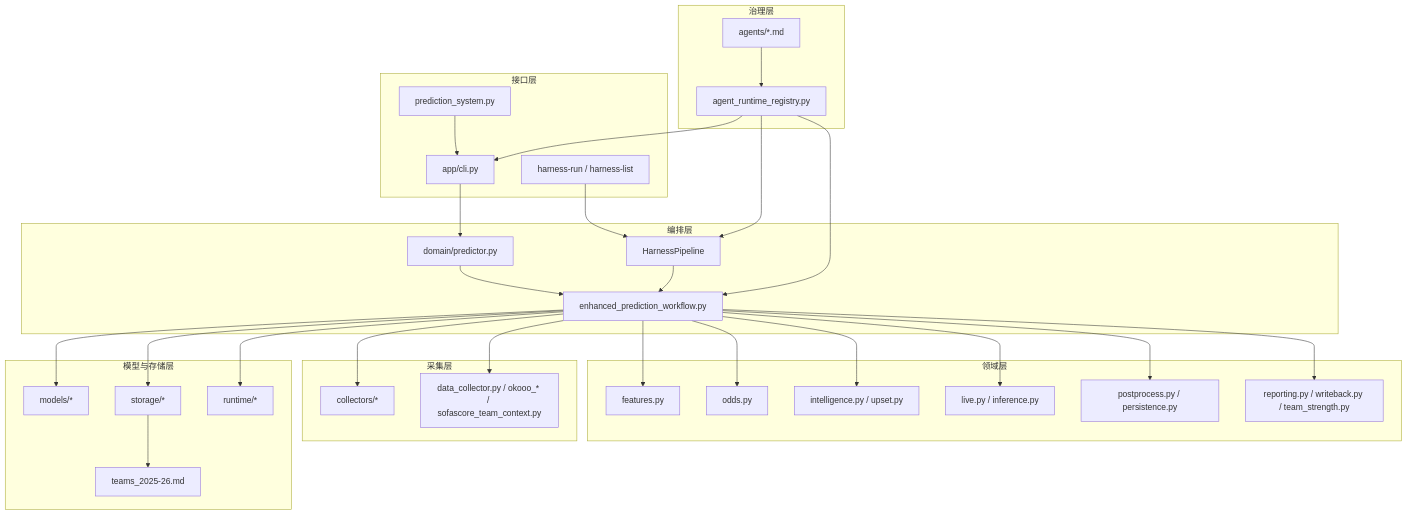
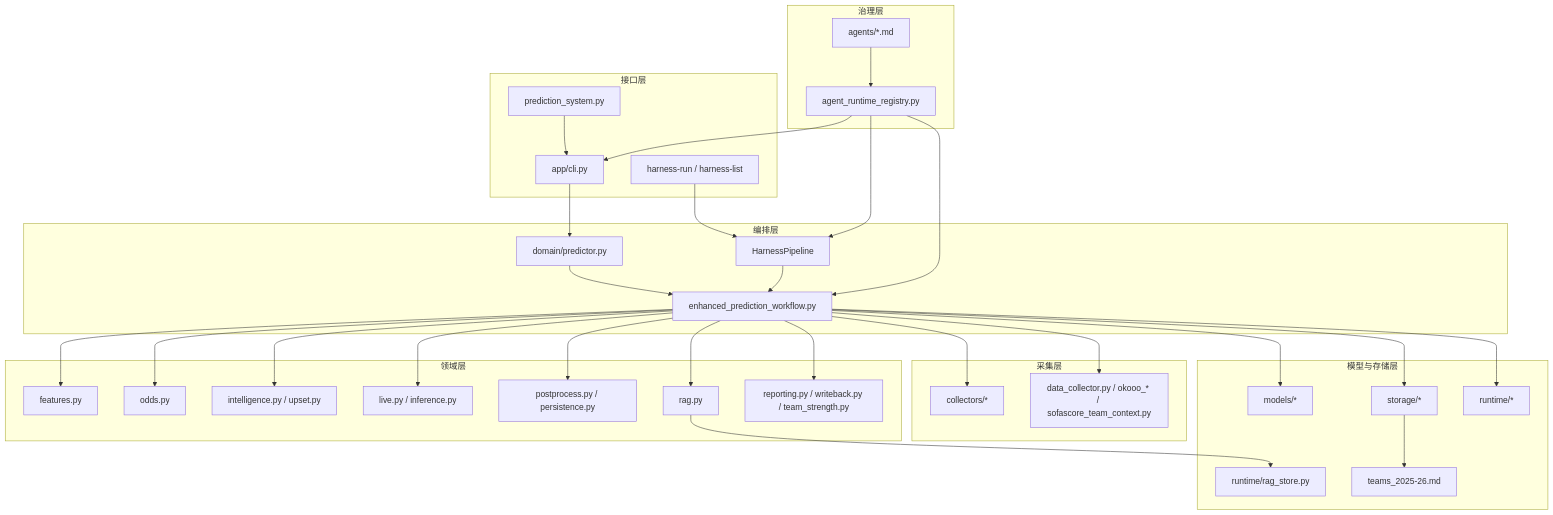
One commit to LorenJun/trae_projects changed the first of 5 diagrams in docs/architecture/europe_leagues_architecture.md. Above: the diagram before and after it, drawn with Mermaid. The commit also changed other lines of this file and 44 other files, not shown here.

````diff
--- a/docs/architecture/europe_leagues_architecture.md
+++ b/docs/architecture/europe_leagues_architecture.md
@@ -58,60 +63,64 @@
 ```mermaid
 flowchart TB
   subgraph L0[接口层]
     Compat[prediction_system.py]
     CLI[app/cli.py]
     HarnessCLI[harness-run / harness-list]
   end
 
   subgraph L1[编排层]
     DP[domain/predictor.py]
     EP[enhanced_prediction_workflow.py]
     HP[HarnessPipeline]
   end
 
   subgraph L2[领域层]
     FE[features.py]
     OD[odds.py]
     IN[intelligence.py / upset.py]
     LV[live.py / inference.py]
     PP[postprocess.py / persistence.py]
+    RAGSVC[rag.py]
     RP[reporting.py / writeback.py / team_strength.py]
   end
 
   subgraph L3[采集层]
     COL[collectors/*]
     Legacy[data_collector.py / okooo_* / sofascore_team_context.py]
   end
 
   subgraph L4[模型与存储层]
     Models[models/*]
     Storage[storage/*]
     Runtime[runtime/*]
+    RAGIDX[runtime/rag_store.py]
     SoT[teams_2025-26.md]
   end
 
   subgraph L5[治理层]
     Persona[agents/*.md]
     Registry[agent_runtime_registry.py]
   end
 
   Compat --> CLI
   CLI --> DP --> EP
   HarnessCLI --> HP --> EP
   EP --> FE
   EP --> OD
   EP --> IN
   EP --> LV
   EP --> PP
+  EP --> RAGSVC
   EP --> RP
   EP --> COL
   EP --> Legacy
   EP --> Models
   EP --> Storage
   EP --> Runtime
+  RAGSVC --> RAGIDX
   Storage --> SoT
   Registry --> CLI
   Registry --> HP
   Registry --> EP
   Persona --> Registry
 ```
````
